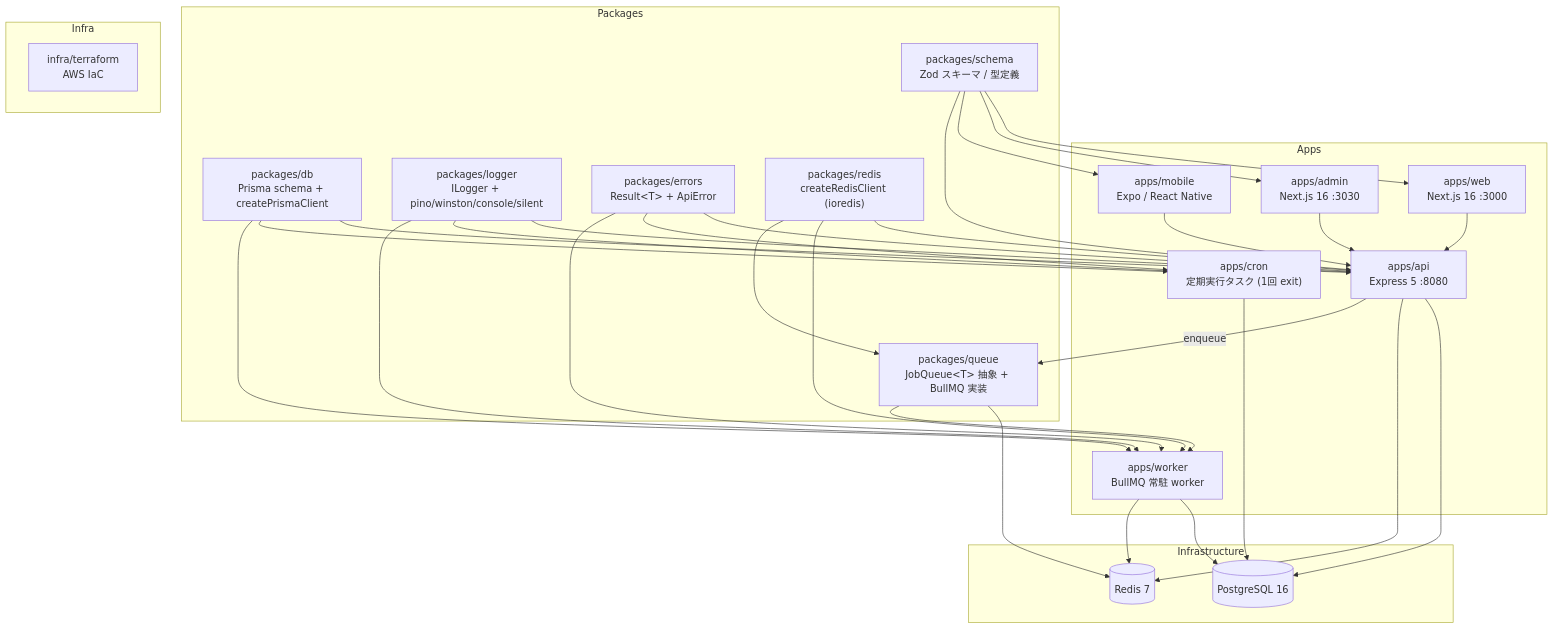
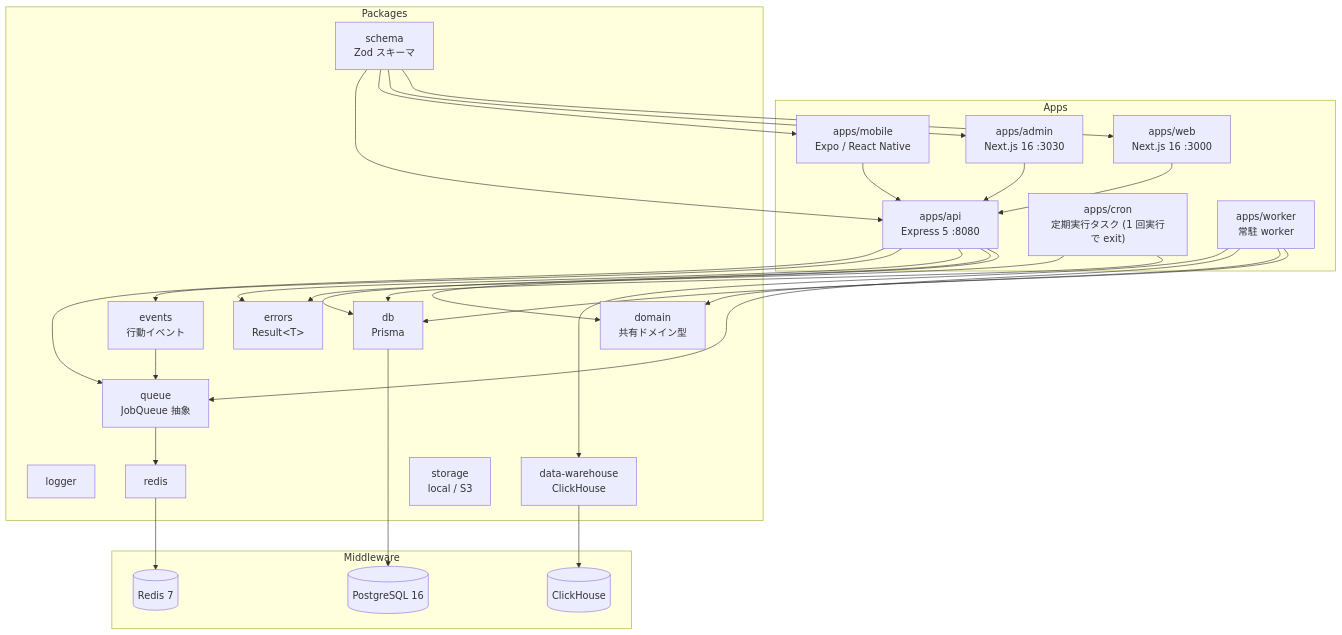
Before and after one commit to kentakki416/project-template: the diagram in README.md, drawn with Mermaid. The commit also changed other lines of this file and 20 other files, not shown here.

````diff
--- a/README.md
+++ b/README.md
@@ -27,57 +142,57 @@
 ```mermaid
 graph TB
     subgraph Apps
         Web["apps/web<br/>Next.js 16 :3000"]
         Admin["apps/admin<br/>Next.js 16 :3030"]
         Mobile["apps/mobile<br/>Expo / React Native"]
         API["apps/api<br/>Express 5 :8080"]
-        Cron["apps/cron<br/>定期実行タスク (1回 exit)"]
-        Worker["apps/worker<br/>BullMQ 常駐 worker"]
+        Cron["apps/cron<br/>定期実行タスク (1 回実行で exit)"]
+        Worker["apps/worker<br/>常駐 worker"]
     end
 
     subgraph Packages
-        Schema["packages/schema<br/>Zod スキーマ / 型定義"]
-        DB["packages/db<br/>Prisma schema + createPrismaClient"]
-        Logger["packages/logger<br/>ILogger + pino/winston/console/silent"]
-        Errors["packages/errors<br/>Result&lt;T&gt; + ApiError"]
-        RedisPkg["packages/redis<br/>createRedisClient (ioredis)"]
-        Queue["packages/queue<br/>JobQueue&lt;T&gt; 抽象 + BullMQ 実装"]
+        Schema["schema<br/>Zod スキーマ"]
+        Domain["domain<br/>共有ドメイン型"]
+        DB["db<br/>Prisma"]
+        Logger["logger"]
+        Errors["errors<br/>Result&lt;T&gt;"]
+        RedisPkg["redis"]
+        Queue["queue<br/>JobQueue 抽象"]
+        Events["events<br/>行動イベント"]
+        DWH["data-warehouse<br/>ClickHouse"]
+        Storage["storage<br/>local / S3"]
     end
 
-    subgraph Infra
-        Terraform["infra/terraform<br/>AWS IaC"]
-    end
-
-    subgraph Infrastructure
+    subgraph Middleware
         PostgreSQL[(PostgreSQL 16)]
         Redis[(Redis 7)]
+        ClickHouse[(ClickHouse)]
     end
 
     Web --> API
     Admin --> API
     Mobile --> API
-    API --> PostgreSQL
-    API --> Redis
-    API -->|enqueue| Queue
-    Cron --> PostgreSQL
-    Worker --> PostgreSQL
-    Worker --> Redis
-    Queue --> Redis
+
     Schema --> Web
     Schema --> Admin
     Schema --> Mobile
     Schema --> API
-    DB --> API
-    DB --> Cron
-    DB --> Worker
-    Logger --> API
-    Logger --> Cron
-    Logger --> Worker
-    Errors --> API
-    Errors --> Cron
-    Errors --> Worker
-    RedisPkg --> API
-    RedisPkg --> Worker
-    RedisPkg --> Queue
-    Queue --> Worker
+
+    API --> Domain
+    API --> DB
+    API --> Errors
+    API --> Events
+    API --> Queue
+    Cron --> DB
+    Cron --> Errors
+    Worker --> Domain
+    Worker --> DB
+    Worker --> Queue
+    Worker --> DWH
+
+    Events --> Queue
+    Queue --> RedisPkg
+    DB --> PostgreSQL
+    RedisPkg --> Redis
+    DWH --> ClickHouse
 ```
````
